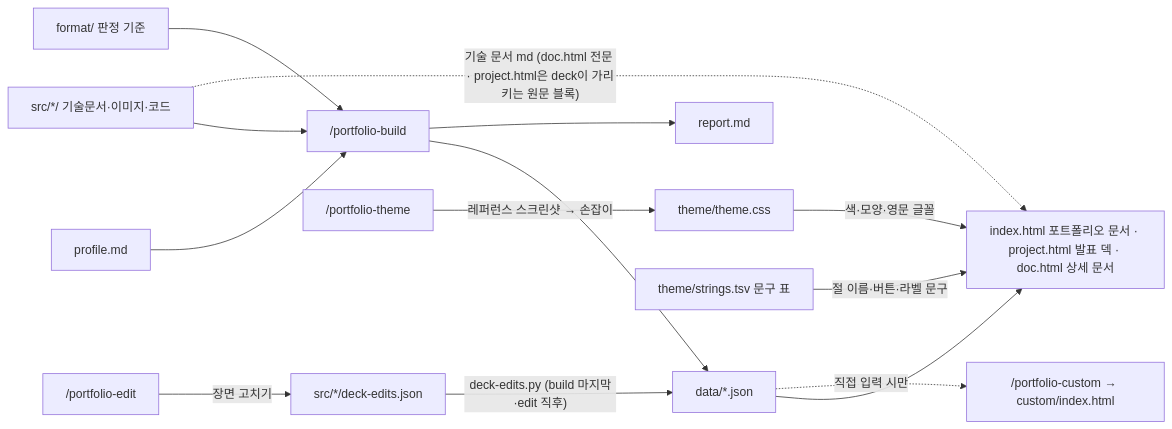
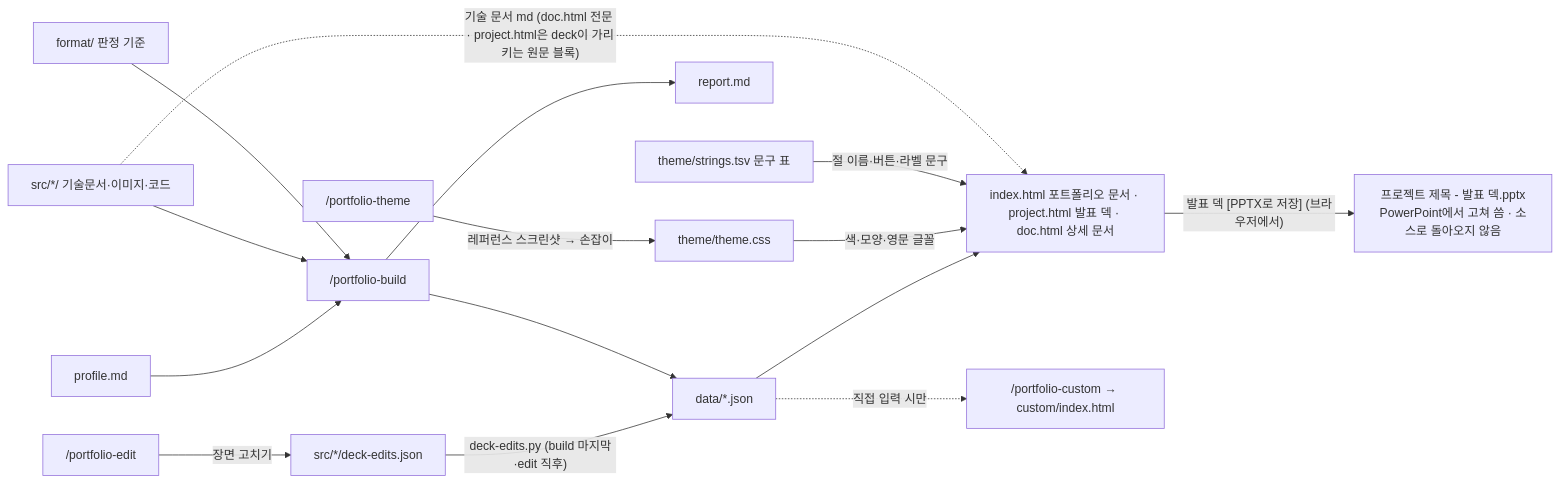
One commit to krr6606/krr6606.github.io changed the diagram in CLAUDE.md. Above: the diagram before and after it, drawn with Mermaid. The commit also changed other lines of this file and 10 other files, not shown here.

First line of the commit message:
발표 덱 [PPTX로 저장]: 그린 장면을 재서 PowerPoint에서 고칠 수 있는 파일로

````diff
--- a/CLAUDE.md
+++ b/CLAUDE.md
@@ -41,16 +41,17 @@
 ```mermaid
 flowchart LR
     P["profile.md"] --> B["/portfolio-build"]
     S["src/*/ 기술문서·이미지·코드"] --> B
     F["format/ 판정 기준"] --> B
     E["/portfolio-edit"] -->|"장면 고치기"| X["src/*/deck-edits.json"]
     X -->|"deck-edits.py (build 마지막·edit 직후)"| D
     B --> D["data/*.json"]
     B --> R["report.md"]
     D --> I["index.html 포트폴리오 문서 · project.html 발표 덱 · doc.html 상세 문서"]
     T["/portfolio-theme"] -->|"레퍼런스 스크린샷 → 손잡이"| TC["theme/theme.css"]
     TC -->|"색·모양·영문 글꼴"| I
     SR["theme/strings.tsv 문구 표"] -->|"절 이름·버튼·라벨 문구"| I
     S -.->|"기술 문서 md (doc.html 전문 · project.html은 deck이 가리키는 원문 블록)"| I
     D -.->|"직접 입력 시만"| C["/portfolio-custom → custom/index.html"]
+    I -->|"발표 덱 [PPTX로 저장] (브라우저에서)"| PX["프로젝트 제목 - 발표 덱.pptx<br/>PowerPoint에서 고쳐 씀 · 소스로 돌아오지 않음"]
 ```
````
